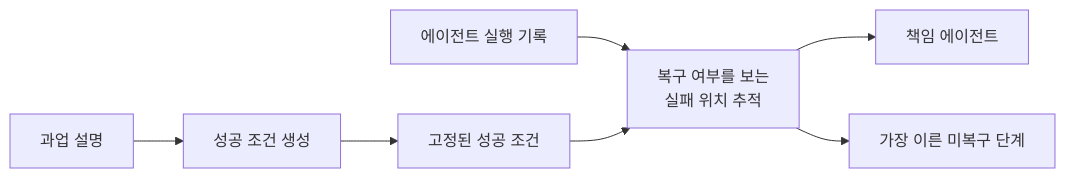
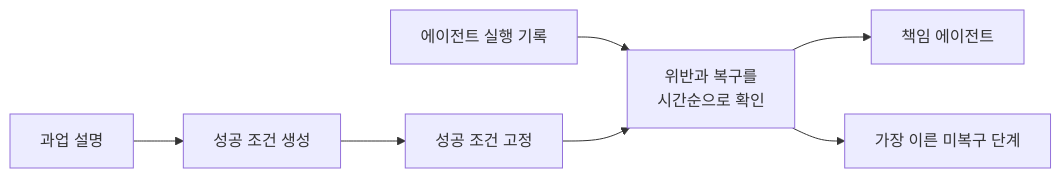
Before and after one commit to yoon-chan-hyeok/multi-agent-failure-localization: the diagram in README.md, drawn with Mermaid. The commit also changed other lines of this file, not shown here.

````diff
--- a/README.md
+++ b/README.md
@@ -43,9 +45,9 @@
 ```mermaid
 flowchart LR
     T["과업 설명"] --> C["성공 조건 생성"]
-    C --> R["고정된 성공 조건"]
-    X["에이전트 실행 기록"] --> L["복구 여부를 보는<br/>실패 위치 추적"]
+    C --> R["성공 조건 고정"]
+    X["에이전트 실행 기록"] --> L["위반과 복구를<br/>시간순으로 확인"]
     R --> L
     L --> A["책임 에이전트"]
     L --> S["가장 이른 미복구 단계"]
 ```
````
